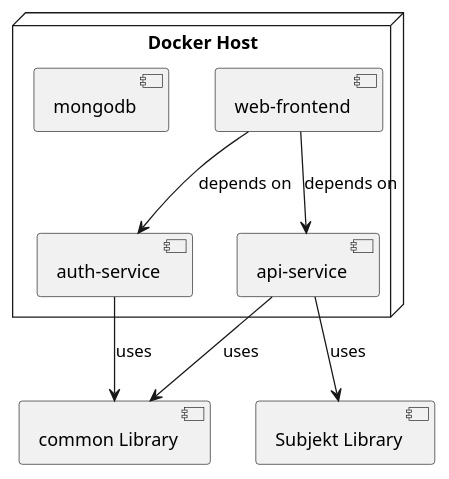
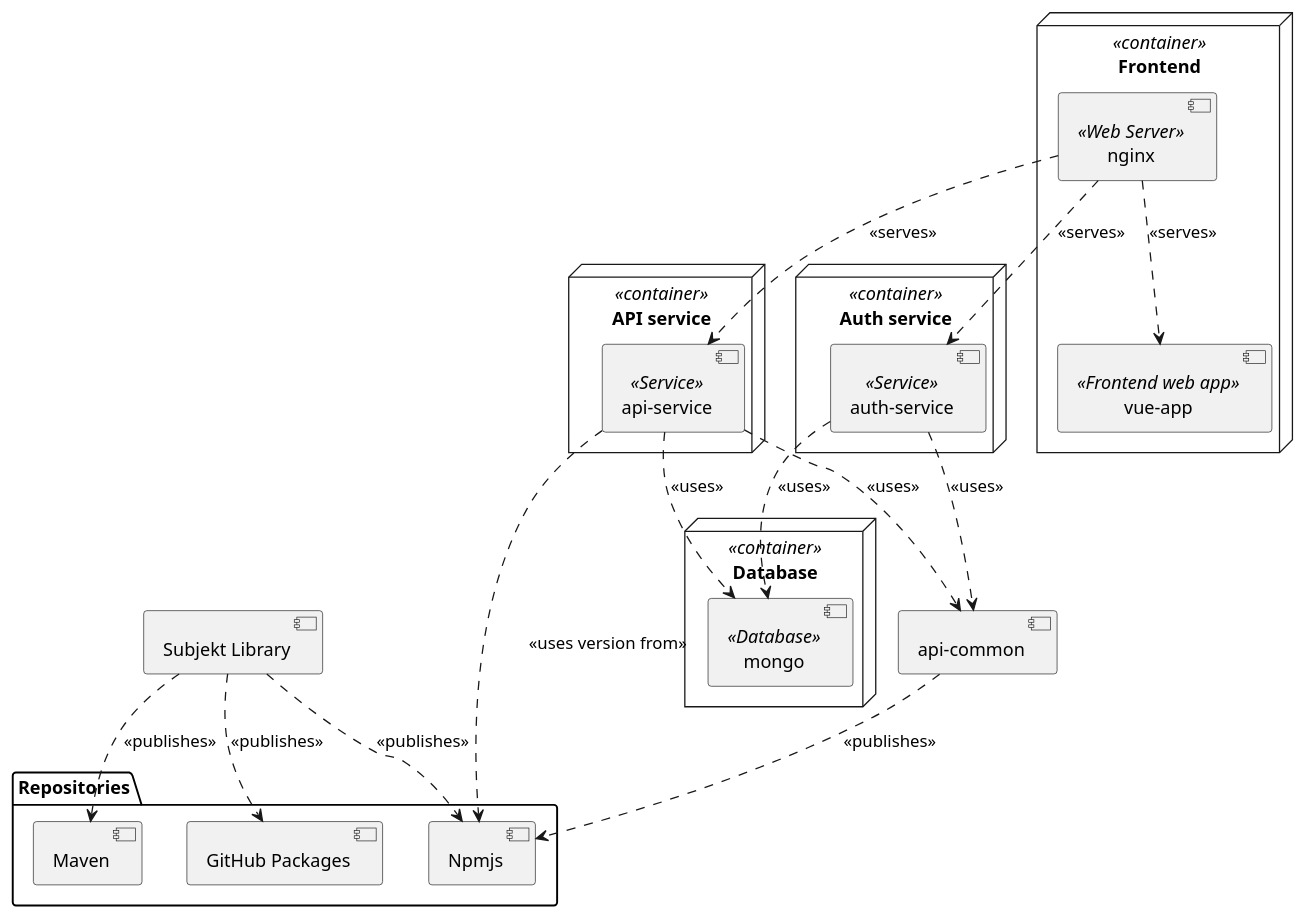
The diagram in Writerside/topics/Deployment.md (mini-roostico/subjekt-doc), drawn with PlantUML before and after one commit.

Commit message:
feat: finished deployment diagram

````diff
--- a/Writerside/topics/Deployment.md
+++ b/Writerside/topics/Deployment.md
@@ -23,18 +23,43 @@
 ```plantuml
 @startuml
-node "Docker Host" {
-    [auth-service]
-    [api-service]
-    [web-frontend]
-    [mongodb]
+node "Frontend" << container >> {
+    [nginx] << Web Server >>
+    [vue-app] << Frontend web app >>
 }
 
-[web-frontend] --> [api-service] : depends on
-[web-frontend] --> [auth-service] : depends on
+node "API service" << container >> {
+    [api-service] << Service >>
+}
 
-[api-service] --> [Subjekt Library] : uses
-[api-service] --> [common Library] : uses
-[auth-service] --> [common Library] : uses
+node "Auth service" << container >> {
+    [auth-service] << Service >>
+}
 
+node "Database" << container >> {
+    [mongo] << Database >>
+}
+
+[nginx] ..> [api-service] : <<serves>>
+[nginx] ..> [auth-service] : <<serves>>
+[nginx] ..> [vue-app] : <<serves>>
+
+[Subjekt Library]
+[api-service] ..> [api-common] : <<uses>>
+[auth-service] ..> [api-common] : <<uses>>
+[api-service] ..> [mongo] : <<uses>>
+[auth-service] ..> [mongo] : <<uses>>
+
+package "Repositories" {
+    [Maven]
+    [Npmjs]
+    [GitHub Packages]
+}
+
+[Subjekt Library] ..> [Maven] : <<publishes>>
+[Subjekt Library] ..> [Npmjs] : <<publishes>>
+[Subjekt Library] ..> [GitHub Packages] : <<publishes>>
+[api-service] .> [Npmjs] : <<uses version from>>
+
+[api-common] ..> [Npmjs] : <<publishes>>
 @enduml
 ```
````
